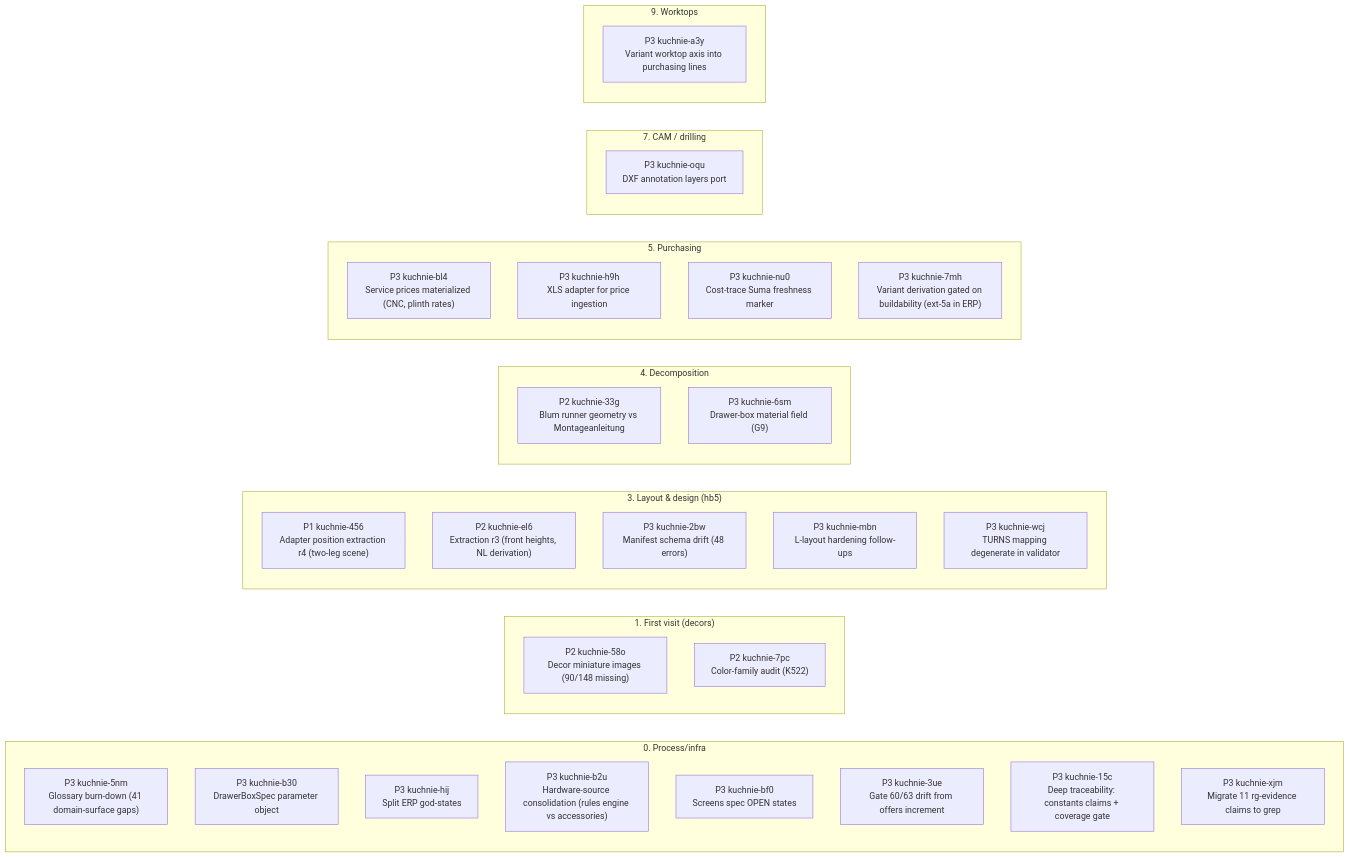
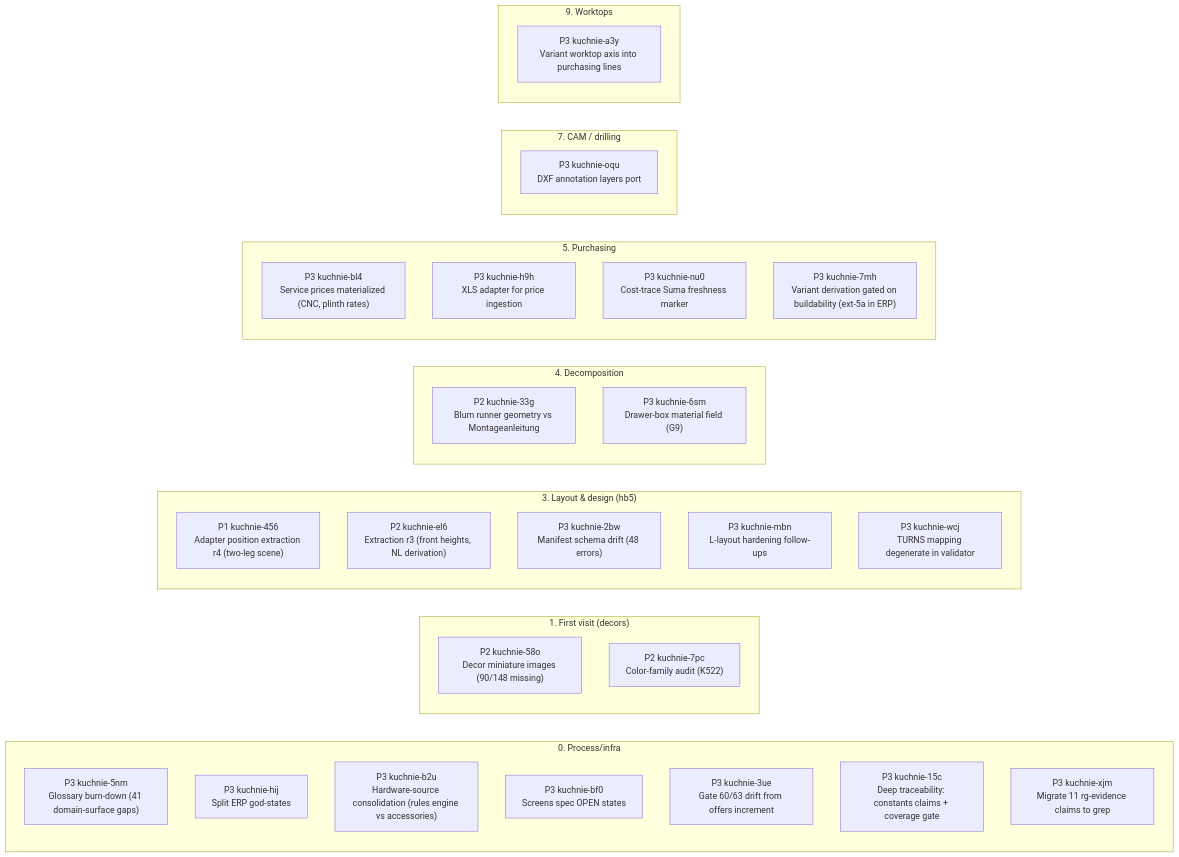
One commit to m1981/kuchnie changed the first of 2 diagrams in STATUS.md. Above: the diagram before and after it, drawn with Mermaid. The commit also changed other lines of this file and 3 other files, not shown here.

First line of the commit message:
integrate kuchnie-27b + kuchnie-b30: DrawerBoxSpec, one stacking loop, and a real drilling defect fixed

````diff
--- a/STATUS.md
+++ b/STATUS.md
@@ -130,40 +126,39 @@
 ```mermaid
 flowchart LR
     subgraph s0 ["0. Process/infra"]
         kuchnie_5nm["P3 kuchnie-5nm<br/>Glossary burn-down (41 domain-surface gaps)"]
-        kuchnie_b30["P3 kuchnie-b30<br/>DrawerBoxSpec parameter object"]
         kuchnie_hij["P3 kuchnie-hij<br/>Split ERP god-states"]
         kuchnie_b2u["P3 kuchnie-b2u<br/>Hardware-source consolidation (rules engine vs accessories)"]
         kuchnie_bf0["P3 kuchnie-bf0<br/>Screens spec OPEN states"]
         kuchnie_3ue["P3 kuchnie-3ue<br/>Gate 60/63 drift from offers increment"]
         kuchnie_15c["P3 kuchnie-15c<br/>Deep traceability: constants claims + coverage gate"]
         kuchnie_xjm["P3 kuchnie-xjm<br/>Migrate 11 rg-evidence claims to grep"]
     end
     subgraph s1 ["1. First visit (decors)"]
         kuchnie_58o["P2 kuchnie-58o<br/>Decor miniature images (90/148 missing)"]
         kuchnie_7pc["P2 kuchnie-7pc<br/>Color-family audit (K522)"]
     end
     subgraph s3 ["3. Layout & design (hb5)"]
         kuchnie_456["P1 kuchnie-456<br/>Adapter position extraction r4 (two-leg scene)"]
         kuchnie_el6["P2 kuchnie-el6<br/>Extraction r3 (front heights, NL derivation)"]
         kuchnie_2bw["P3 kuchnie-2bw<br/>Manifest schema drift (48 errors)"]
         kuchnie_mbn["P3 kuchnie-mbn<br/>L-layout hardening follow-ups"]
         kuchnie_wcj["P3 kuchnie-wcj<br/>TURNS mapping degenerate in validator"]
     end
     subgraph s4 ["4. Decomposition"]
         kuchnie_33g["P2 kuchnie-33g<br/>Blum runner geometry vs Montageanleitung"]
         kuchnie_6sm["P3 kuchnie-6sm<br/>Drawer-box material field (G9)"]
     end
     subgraph s5 ["5. Purchasing"]
         kuchnie_bl4["P3 kuchnie-bl4<br/>Service prices materialized (CNC, plinth rates)"]
         kuchnie_h9h["P3 kuchnie-h9h<br/>XLS adapter for price ingestion"]
         kuchnie_nu0["P3 kuchnie-nu0<br/>Cost-trace Suma freshness marker"]
         kuchnie_7mh["P3 kuchnie-7mh<br/>Variant derivation gated on buildability (ext-5a in ERP)"]
     end
     subgraph s7 ["7. CAM / drilling"]
         kuchnie_oqu["P3 kuchnie-oqu<br/>DXF annotation layers port"]
     end
     subgraph s9 ["9. Worktops"]
         kuchnie_a3y["P3 kuchnie-a3y<br/>Variant worktop axis into purchasing lines"]
     end
 ```
````
